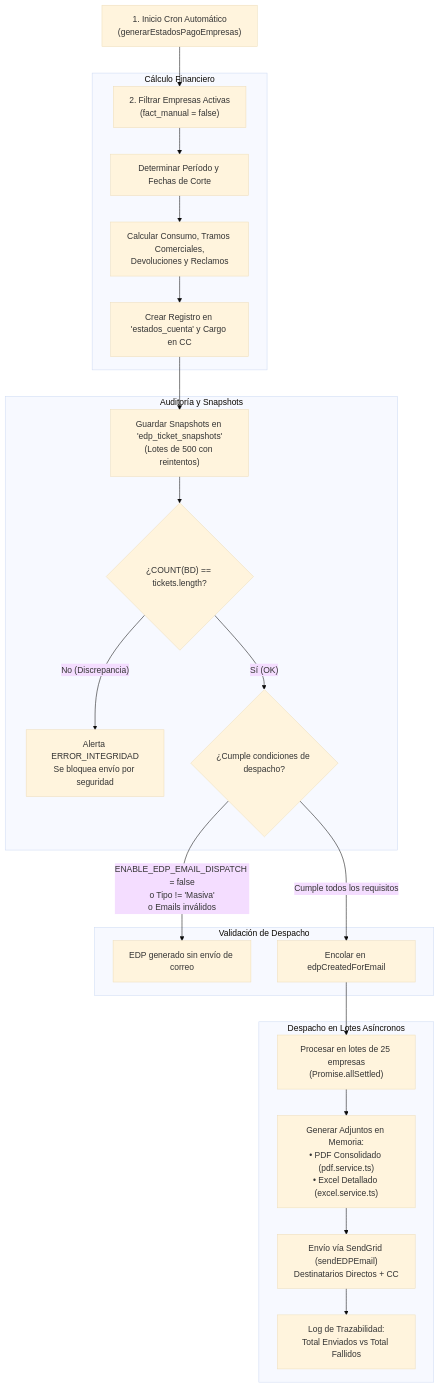
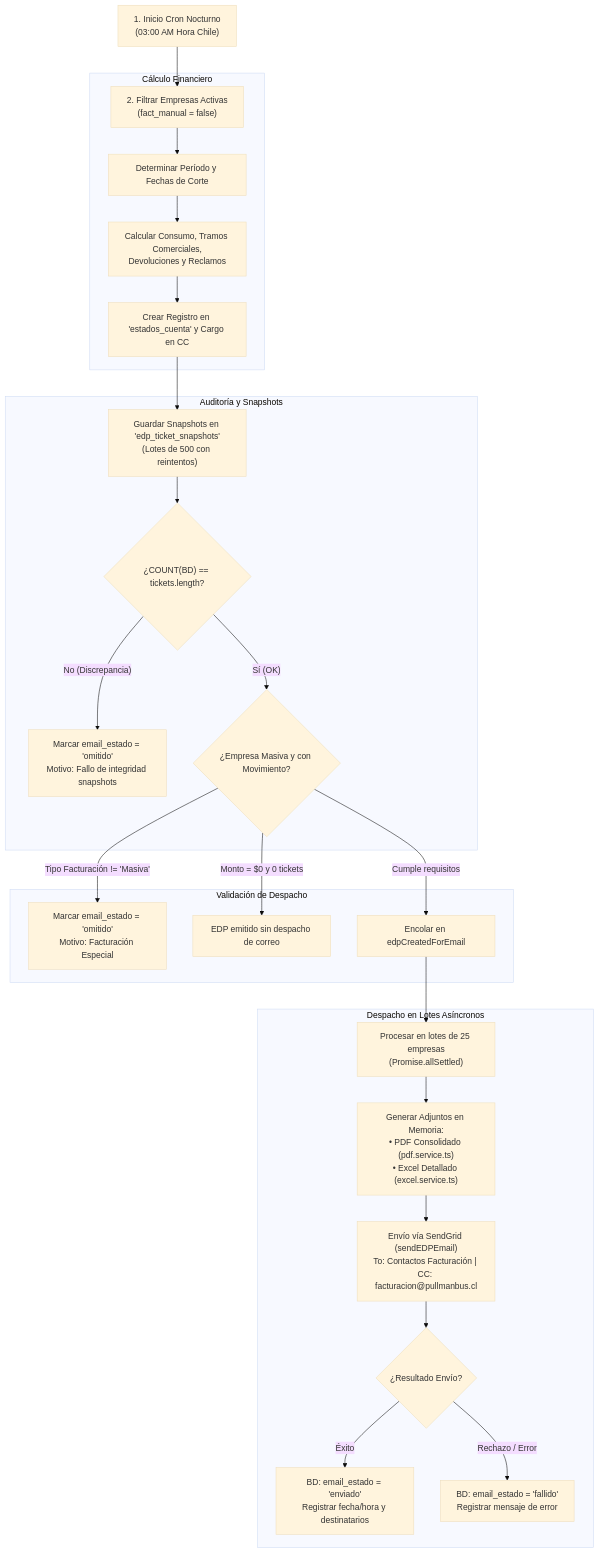
One commit to dorian-cesar/backend-reservas-corporativas changed the diagram in MANUAL_ENVIO_EDPS_AUTOMATICOS.md. Above: the diagram before and after it, drawn with Mermaid (base theme). The commit also changed other lines of this file, not shown here.

Commit message:
docs(edp): actualizar manual de envios EDP con trazabilidad BD, diferenciacion de facturacion y matriz de roles

````diff
--- a/MANUAL_ENVIO_EDPS_AUTOMATICOS.md
+++ b/MANUAL_ENVIO_EDPS_AUTOMATICOS.md
@@ -34,29 +39,32 @@
 ```mermaid
 flowchart TD
-    CRON["1. Inicio Cron Automático\n(generarEstadosPagoEmpresas)"] --> FILTRO_EMP["2. Filtrar Empresas Activas\n(fact_manual = false)"]
+    CRON["1. Inicio Cron Nocturno\n(03:00 AM Hora Chile)"] --> FILTRO_EMP["2. Filtrar Empresas Activas\n(fact_manual = false)"]
     
     subgraph Calculo ["Cálculo Financiero"]
         FILTRO_EMP --> PERIODO["Determinar Período y Fechas de Corte"]
         PERIODO --> REGLAS["Calcular Consumo, Tramos Comerciales,\nDevoluciones y Reclamos"]
         REGLAS --> SAVE_EDP["Crear Registro en 'estados_cuenta' y Cargo en CC"]
     end
 
     subgraph Integridad ["Auditoría y Snapshots"]
         SAVE_EDP --> INSERT_SNAP["Guardar Snapshots en 'edp_ticket_snapshots'\n(Lotes de 500 con reintentos)"]
         INSERT_SNAP --> CHECK_COUNT{"¿COUNT(BD) == tickets.length?"}
-        CHECK_COUNT -- "No (Discrepancia)" --> LOG_ERR["Alerta ERROR_INTEGRIDAD\nSe bloquea envío por seguridad"]
-        CHECK_COUNT -- "Sí (OK)" --> COND_MAIL{"¿Cumple condiciones de despacho?"}
+        CHECK_COUNT -- "No (Discrepancia)" --> SNAP_FAIL["Marcar email_estado = 'omitido'\nMotivo: Fallo de integridad snapshots"]
+        CHECK_COUNT -- "Sí (OK)" --> COND_MAIL{"¿Empresa Masiva y con Movimiento?"}
     end
 
     subgraph ValidacionMail ["Validación de Despacho"]
-        COND_MAIL -- "ENABLE_EDP_EMAIL_DISPATCH = false\no Tipo != 'Masiva'\no Emails inválidos" --> OMITIR["EDP generado sin envío de correo"]
-        COND_MAIL -- "Cumple todos los requisitos" --> ENCOLAR["Encolar en edpCreatedForEmail"]
+        COND_MAIL -- "Tipo Facturación != 'Masiva'" --> ESP_OMIT["Marcar email_estado = 'omitido'\nMotivo: Facturación Especial"]
+        COND_MAIL -- "Monto = $0 y 0 tickets" --> ZERO_OMIT["EDP emitido sin despacho de correo"]
+        COND_MAIL -- "Cumple requisitos" --> ENCOLAR["Encolar en edpCreatedForEmail"]
     end
 
     subgraph BatchSendGrid ["Despacho en Lotes Asíncronos"]
         ENCOLAR --> CHUNKS["Procesar en lotes de 25 empresas\n(Promise.allSettled)"]
         CHUNKS --> ATTACHMENTS["Generar Adjuntos en Memoria:\n• PDF Consolidado (pdf.service.ts)\n• Excel Detallado (excel.service.ts)"]
-        ATTACHMENTS --> SENDGRID["Envío vía SendGrid (sendEDPEmail)\nDestinatarios Directos + CC"]
-        SENDGRID --> METRICAS["Log de Trazabilidad:\nTotal Enviados vs Total Fallidos"]
+        ATTACHMENTS --> SENDGRID["Envío vía SendGrid (sendEDPEmail)\nTo: Contactos Facturación | CC: facturacion@pullmanbus.cl"]
+        SENDGRID --> RESULT{"¿Resultado Envío?"}
+        RESULT -- "Éxito" --> DB_OK["BD: email_estado = 'enviado'\nRegistrar fecha/hora y destinatarios"]
+        RESULT -- "Rechazo / Error" --> DB_ERR["BD: email_estado = 'fallido'\nRegistrar mensaje de error"]
     end
 ```
````
